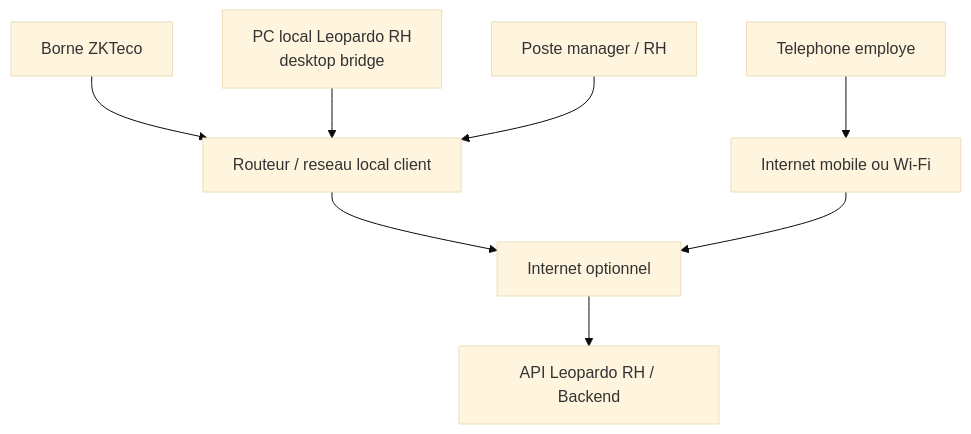
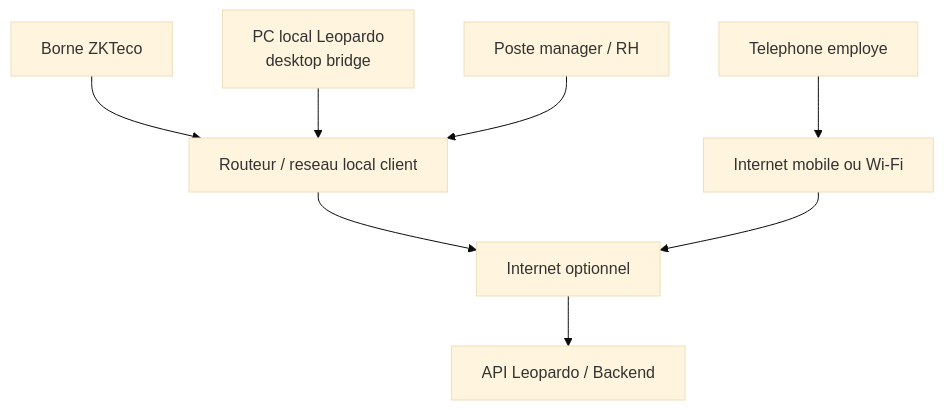
One commit to kitokoh/leopardo-hr changed the second of 2 diagrams in docs/GESTION_PROJET/SCHEMA_DEPLOIEMENT_ZKTECO_CLIENT.md. Above: the diagram before and after it, drawn with Mermaid (base theme). The commit also changed other lines of this file and 113 other files, not shown here.

````diff
--- a/docs/GESTION_PROJET/SCHEMA_DEPLOIEMENT_ZKTECO_CLIENT.md
+++ b/docs/GESTION_PROJET/SCHEMA_DEPLOIEMENT_ZKTECO_CLIENT.md
@@ -55,10 +55,10 @@
 ```mermaid
 flowchart TB
     A["Borne ZKTeco"] --> B["Routeur / reseau local client"]
-    C["PC local Leopardo RH<br/>desktop bridge"] --> B
+    C["PC local Leopardo<br/>desktop bridge"] --> B
     D["Poste manager / RH"] --> B
     E["Telephone employe"] --> F["Internet mobile ou Wi-Fi"]
     B --> G["Internet optionnel"]
     F --> G
-    G --> H["API Leopardo RH / Backend"]
+    G --> H["API Leopardo / Backend"]
 ```
````
